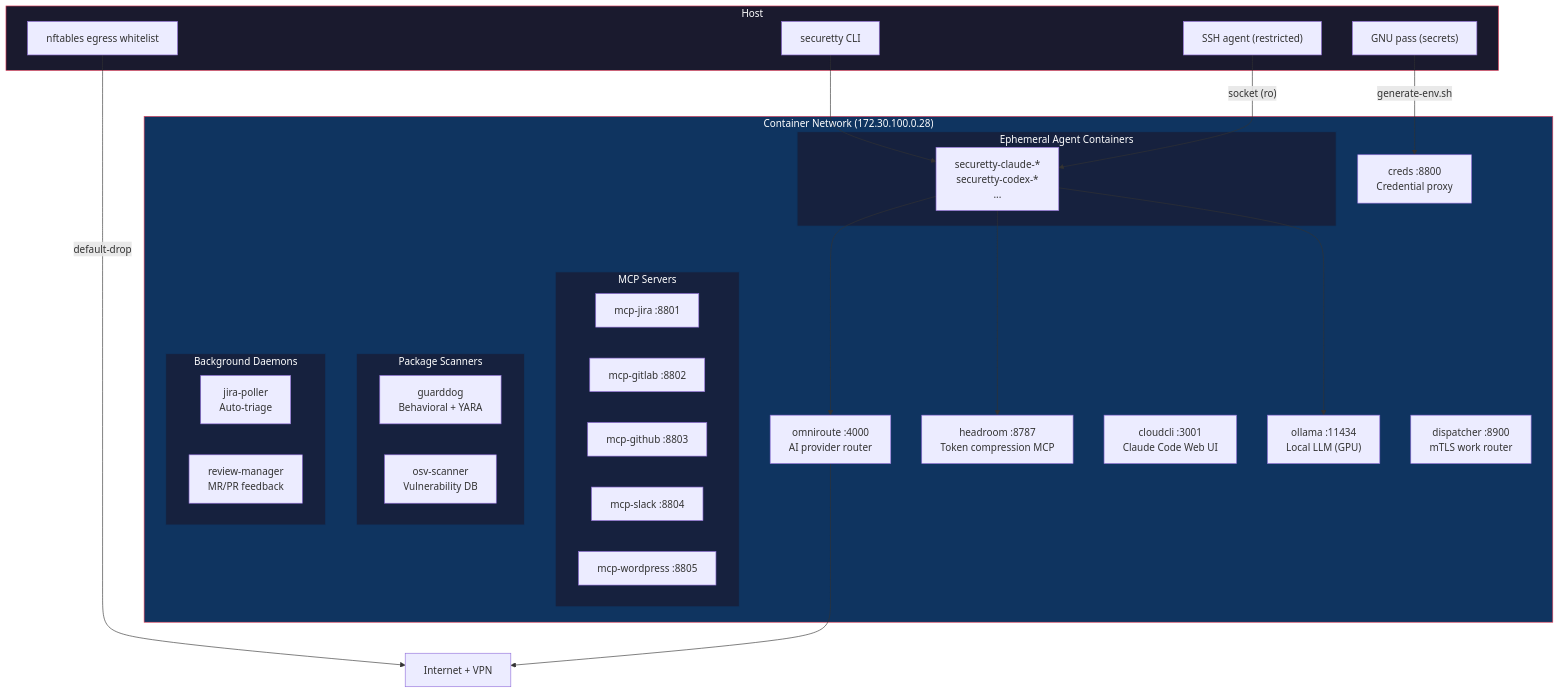
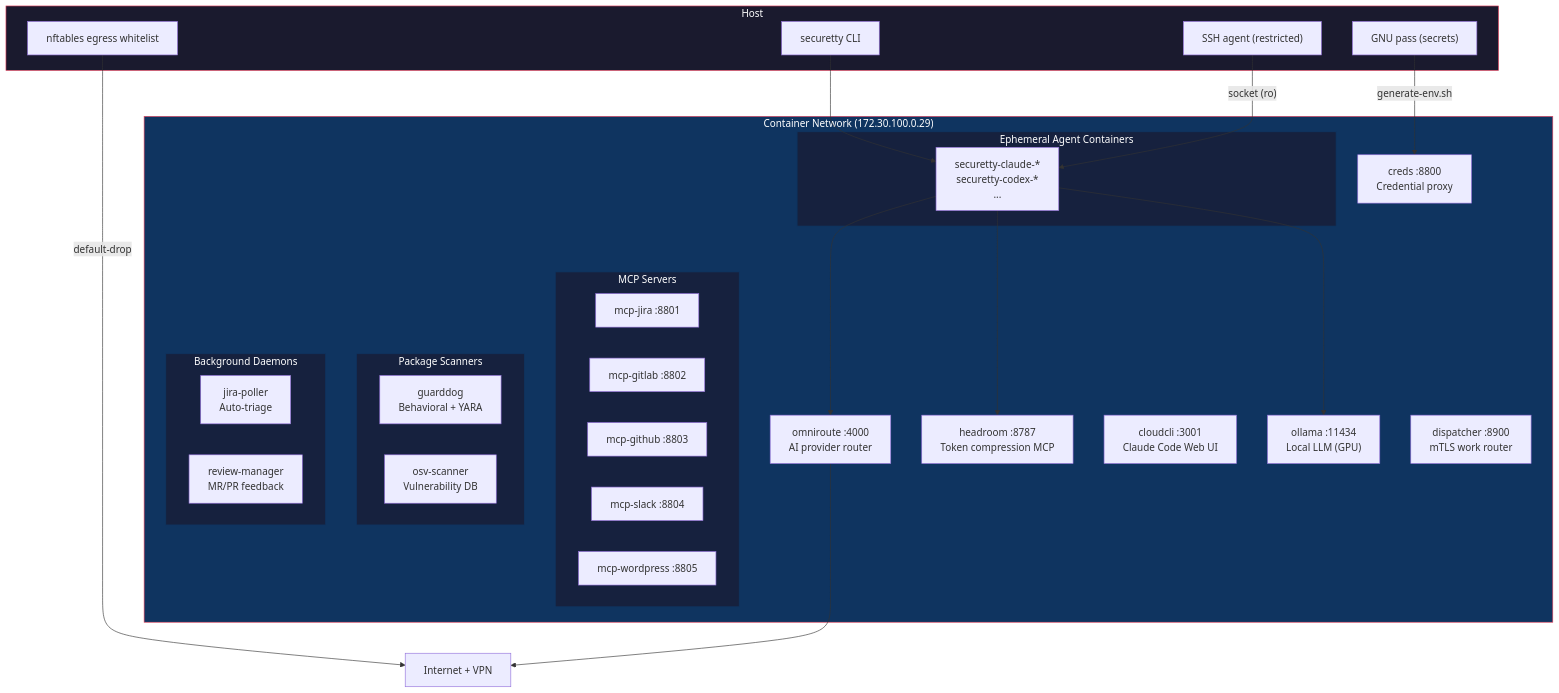
One commit to dmzoneill/securetty changed the first of 2 diagrams in README.md. Above: the diagram before and after it, drawn with Mermaid. The commit also changed 1 other file, not shown here.

Commit message:
chore: bump version to v0.0.29

````diff
--- a/README.md
+++ b/README.md
@@ -7,58 +7,58 @@
 ```mermaid
 graph TD
     Internet["Internet + VPN"]
 
     subgraph host["Host"]
         CLI["securetty CLI"]
         SSHAgent["SSH agent (restricted)"]
         Pass["GNU pass (secrets)"]
         Egress["nftables egress whitelist"]
     end
 
-    subgraph network["Container Network (172.30.100.0.28)"]
+    subgraph network["Container Network (172.30.100.0.29)"]
         OmniRoute["omniroute :4000\nAI provider router"]
         Headroom["headroom :8787\nToken compression MCP"]
         CloudCLI["cloudcli :3001\nClaude Code Web UI"]
         Ollama["ollama :11434\nLocal LLM (GPU)"]
         Creds["creds :8800\nCredential proxy"]
         Dispatcher["dispatcher :8900\nmTLS work router"]
 
         subgraph mcp["MCP Servers"]
             Jira["mcp-jira :8801"]
             GitLab["mcp-gitlab :8802"]
             GitHub["mcp-github :8803"]
             Slack["mcp-slack :8804"]
             WordPress["mcp-wordpress :8805"]
         end
 
         subgraph scanners["Package Scanners"]
             GuardDog["guarddog\nBehavioral + YARA"]
             OSV["osv-scanner\nVulnerability DB"]
         end
 
         subgraph agents["Ephemeral Agent Containers"]
             Dev["securetty-claude-*\nsecuretty-codex-*\n..."]
         end
 
         subgraph daemons["Background Daemons"]
             JiraPoller["jira-poller\nAuto-triage"]
             ReviewMgr["review-manager\nMR/PR feedback"]
         end
     end
 
     CLI --> Dev
     Pass -->|"generate-env.sh"| Creds
     SSHAgent -->|"socket (ro)"| Dev
     Egress -->|"default-drop"| Internet
     Dev --> OmniRoute
     Dev --> Headroom
     Dev --> Ollama
     OmniRoute --> Internet
 
     style network fill:#0f3460,stroke:#e94560,color:#fff
     style host fill:#1a1a2e,stroke:#e94560,color:#fff
     style mcp fill:#16213e,stroke:#0f3460,color:#fff
     style scanners fill:#16213e,stroke:#0f3460,color:#fff
     style agents fill:#16213e,stroke:#0f3460,color:#fff
     style daemons fill:#16213e,stroke:#0f3460,color:#fff
 ```
````
